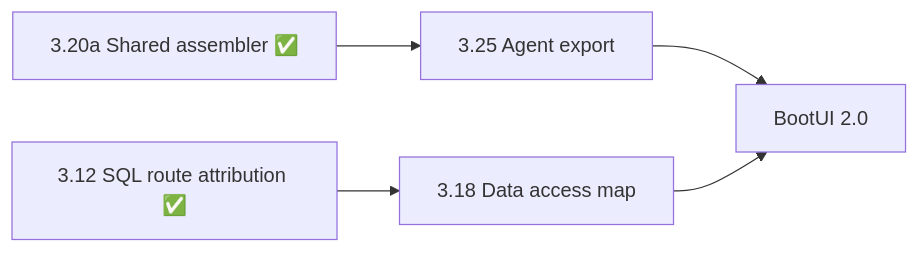
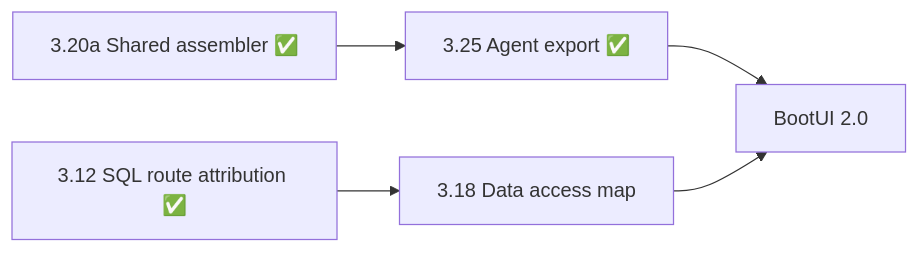
The diagram in docs/PLAN.md (jdubois/boot-ui), drawn with Mermaid before and after one commit. The commit also changed other lines of this file and 38 other files, not shown here.

````diff
--- a/docs/PLAN.md
+++ b/docs/PLAN.md
@@ -62,7 +61,7 @@
 ```mermaid
 graph LR
-  S20a["3.20a Shared assembler ✅"] --> S25["3.25 Agent export"]
+  S20a["3.20a Shared assembler ✅"] --> S25["3.25 Agent export ✅"]
   S12["3.12 SQL route attribution ✅"] --> S18["3.18 Data access map"]
   S25 --> V2["BootUI 2.0"]
   S18 --> V2
 ```
````
